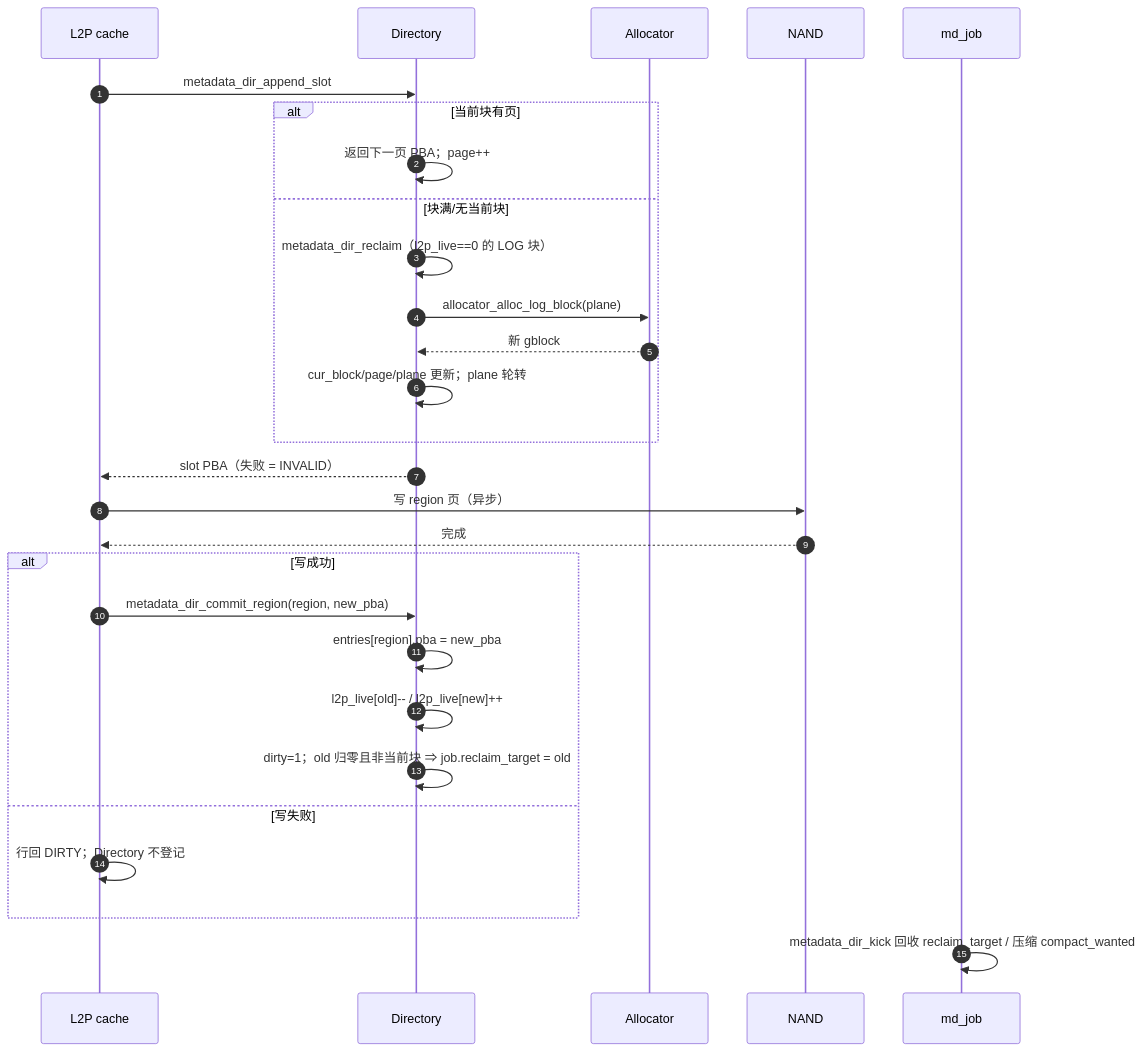
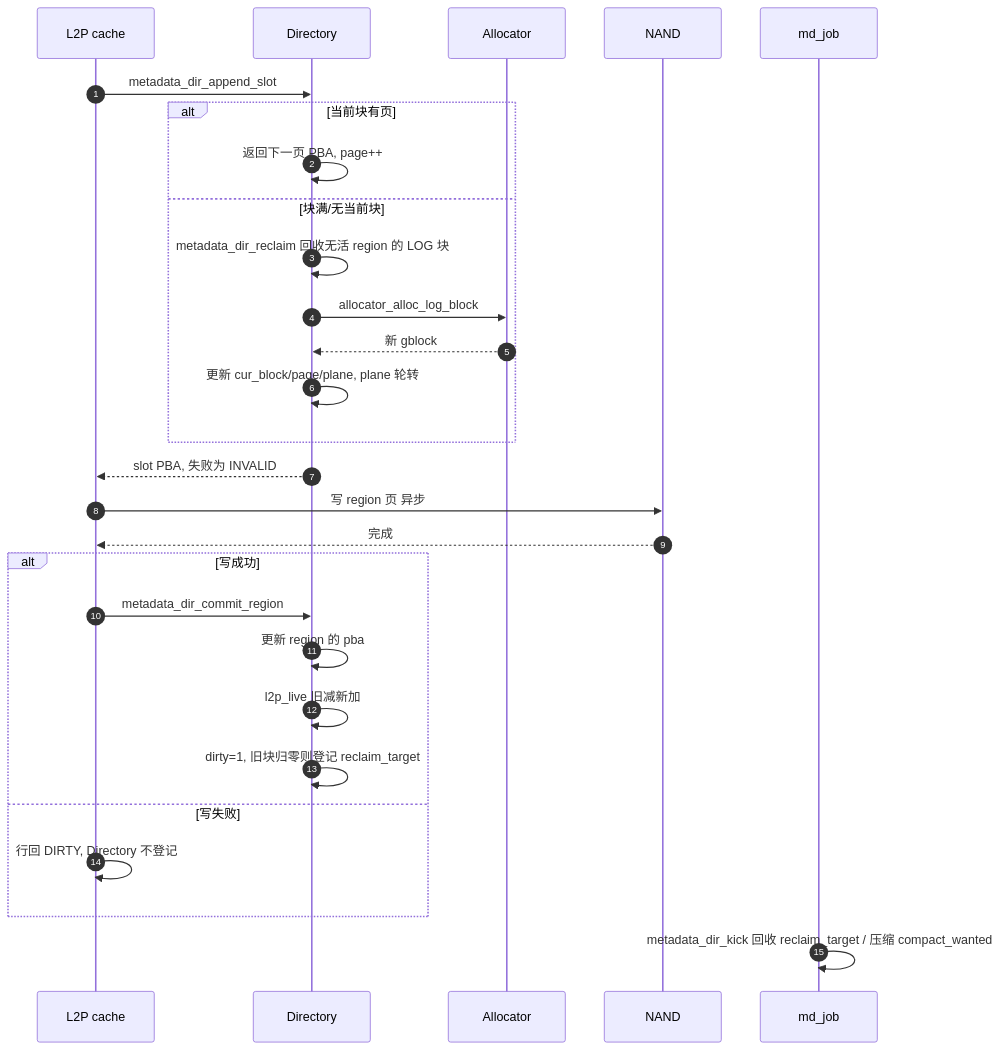
Before and after one commit to YzYMIAO/BASESSD: the seventh of 28 diagrams in docs/design/ftl_design.md, drawn with Mermaid. The commit also changed other lines of this file, not shown here.

First line of the commit message:
docs(ftl): 修复 GitHub 目录跳转与 mermaid 渲染

````diff
--- a/docs/design/ftl_design.md
+++ b/docs/design/ftl_design.md
@@ -1182,31 +1204,31 @@
 ```mermaid
 sequenceDiagram
     autonumber
     participant C as L2P cache
     participant D as Directory
     participant A as Allocator
     participant N as NAND
     participant J as md_job
 
     C->>D: metadata_dir_append_slot
     alt 当前块有页
-        D->>D: 返回下一页 PBA；page++
+        D->>D: 返回下一页 PBA, page++
     else 块满/无当前块
-        D->>D: metadata_dir_reclaim（l2p_live==0 的 LOG 块）
-        D->>A: allocator_alloc_log_block(plane)
+        D->>D: metadata_dir_reclaim 回收无活 region 的 LOG 块
+        D->>A: allocator_alloc_log_block
         A-->>D: 新 gblock
-        D->>D: cur_block/page/plane 更新；plane 轮转
+        D->>D: 更新 cur_block/page/plane, plane 轮转
     end
-    D-->>C: slot PBA（失败 = INVALID）
-    C->>N: 写 region 页（异步）
+    D-->>C: slot PBA, 失败为 INVALID
+    C->>N: 写 region 页 异步
     N-->>C: 完成
     alt 写成功
-        C->>D: metadata_dir_commit_region(region, new_pba)
-        D->>D: entries[region].pba = new_pba
-        D->>D: l2p_live[old]-- / l2p_live[new]++
-        D->>D: dirty=1；old 归零且非当前块 ⇒ job.reclaim_target = old
+        C->>D: metadata_dir_commit_region
+        D->>D: 更新 region 的 pba
+        D->>D: l2p_live 旧减新加
+        D->>D: dirty=1, 旧块归零则登记 reclaim_target
     else 写失败
-        C->>C: 行回 DIRTY；Directory 不登记
+        C->>C: 行回 DIRTY, Directory 不登记
     end
     J->>J: metadata_dir_kick 回收 reclaim_target / 压缩 compact_wanted
 ```
````
